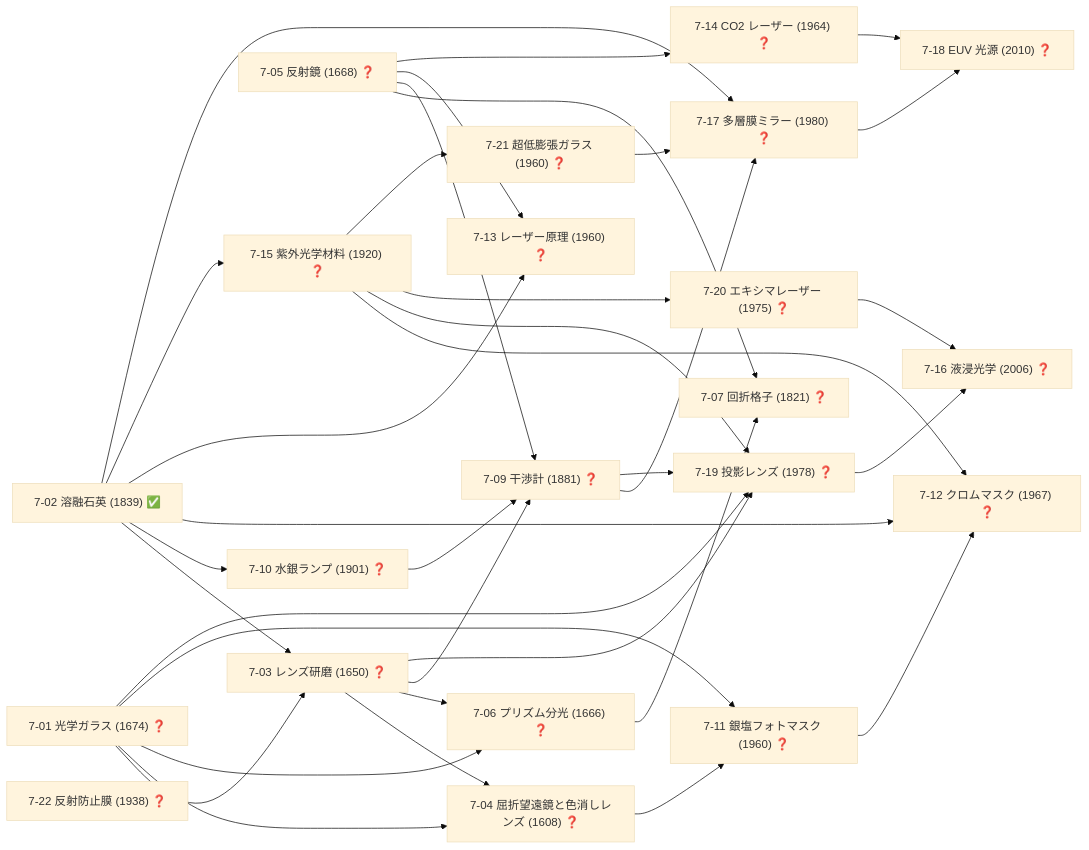
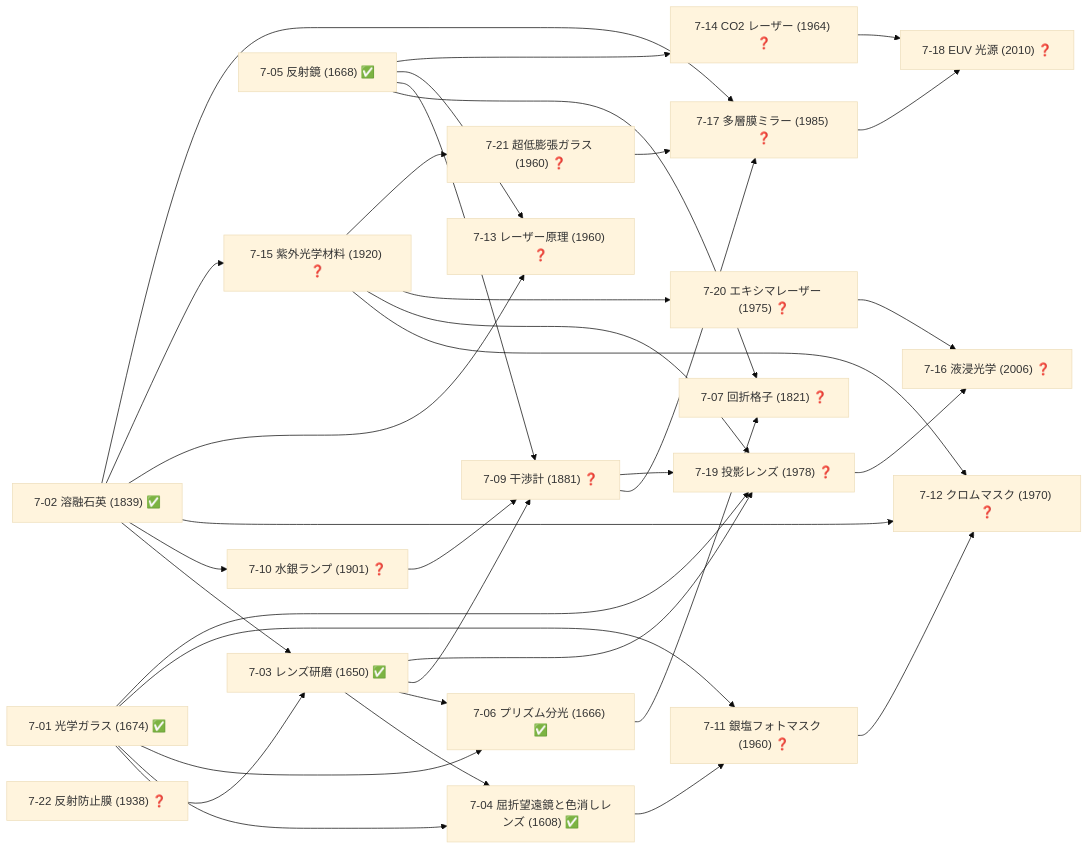
Before and after one commit to taku3i0317-collab/semiconductor-lab: the tenth of 19 diagrams in docs/TECH_TREE_VIEW.md, drawn with Mermaid (base theme). The commit also changed other lines of this file and 32 other files, not shown here.

````diff
--- a/docs/TECH_TREE_VIEW.md
+++ b/docs/TECH_TREE_VIEW.md
@@ -465,58 +465,58 @@
 ```mermaid
 graph LR
-  n7_01["7-01 光学ガラス (1674) ❓"]
+  n7_01["7-01 光学ガラス (1674) ✅"]
   n7_02["7-02 溶融石英 (1839) ✅"]
-  n7_03["7-03 レンズ研磨 (1650) ❓"]
-  n7_04["7-04 屈折望遠鏡と色消しレンズ (1608) ❓"]
-  n7_05["7-05 反射鏡 (1668) ❓"]
-  n7_06["7-06 プリズム分光 (1666) ❓"]
+  n7_03["7-03 レンズ研磨 (1650) ✅"]
+  n7_04["7-04 屈折望遠鏡と色消しレンズ (1608) ✅"]
+  n7_05["7-05 反射鏡 (1668) ✅"]
+  n7_06["7-06 プリズム分光 (1666) ✅"]
   n7_07["7-07 回折格子 (1821) ❓"]
   n7_09["7-09 干渉計 (1881) ❓"]
   n7_10["7-10 水銀ランプ (1901) ❓"]
   n7_11["7-11 銀塩フォトマスク (1960) ❓"]
-  n7_12["7-12 クロムマスク (1967) ❓"]
+  n7_12["7-12 クロムマスク (1970) ❓"]
   n7_13["7-13 レーザー原理 (1960) ❓"]
   n7_14["7-14 CO2 レーザー (1964) ❓"]
   n7_15["7-15 紫外光学材料 (1920) ❓"]
   n7_16["7-16 液浸光学 (2006) ❓"]
-  n7_17["7-17 多層膜ミラー (1980) ❓"]
+  n7_17["7-17 多層膜ミラー (1985) ❓"]
   n7_18["7-18 EUV 光源 (2010) ❓"]
   n7_19["7-19 投影レンズ (1978) ❓"]
   n7_20["7-20 エキシマレーザー (1975) ❓"]
   n7_21["7-21 超低膨張ガラス (1960) ❓"]
   n7_22["7-22 反射防止膜 (1938) ❓"]
   n7_01-->n7_03
   n7_02-->n7_03
   n7_01-->n7_04
   n7_03-->n7_04
   n7_01-->n7_06
   n7_03-->n7_06
   n7_05-->n7_07
   n7_06-->n7_07
   n7_03-->n7_09
   n7_05-->n7_09
   n7_10-->n7_09
   n7_02-->n7_10
   n7_01-->n7_11
   n7_04-->n7_11
   n7_02-->n7_12
   n7_11-->n7_12
   n7_15-->n7_12
   n7_02-->n7_13
   n7_05-->n7_13
   n7_05-->n7_14
   n7_02-->n7_15
   n7_19-->n7_16
   n7_20-->n7_16
   n7_02-->n7_17
   n7_09-->n7_17
   n7_21-->n7_17
   n7_14-->n7_18
   n7_17-->n7_18
   n7_01-->n7_19
   n7_03-->n7_19
   n7_09-->n7_19
   n7_15-->n7_19
   n7_15-->n7_20
   n7_15-->n7_21
 ```
````
